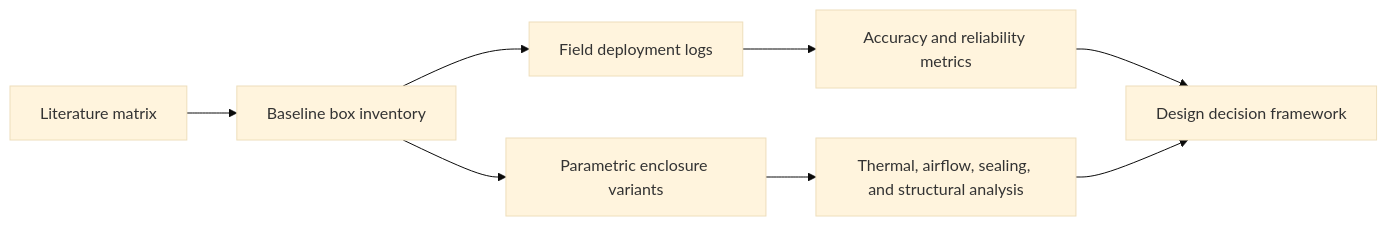
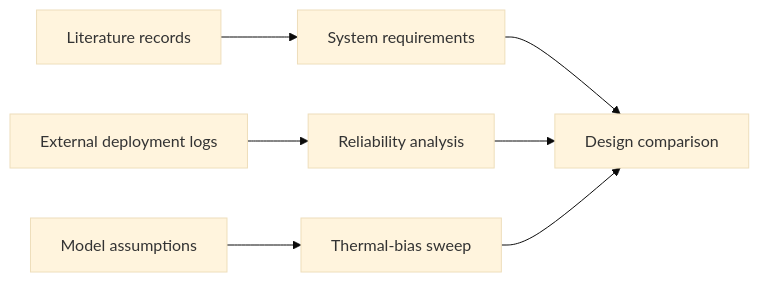
One commit to 500ft/Enclosure-Research changed the diagram in README.md. Above: the diagram before and after it, drawn with Mermaid (base theme). The commit also changed other lines of this file and 4 other files, not shown here.

Commit message:
docs: separate results and figure provenance

````diff
--- a/README.md
+++ b/README.md
@@ -73,10 +32,9 @@
 ```mermaid
 flowchart LR
-    A[Literature matrix] --> B[Baseline box inventory]
-    B --> C[Field deployment logs]
-    C --> D[Accuracy and reliability metrics]
-    B --> E[Parametric enclosure variants]
-    E --> F[Thermal, airflow, sealing, and structural analysis]
-    D --> G[Design decision framework]
-    F --> G
+    L[Literature records] --> S[System requirements]
+    D[External deployment logs] --> R[Reliability analysis]
+    A[Model assumptions] --> T[Thermal-bias sweep]
+    S --> C[Design comparison]
+    R --> C
+    T --> C
 ```
````
